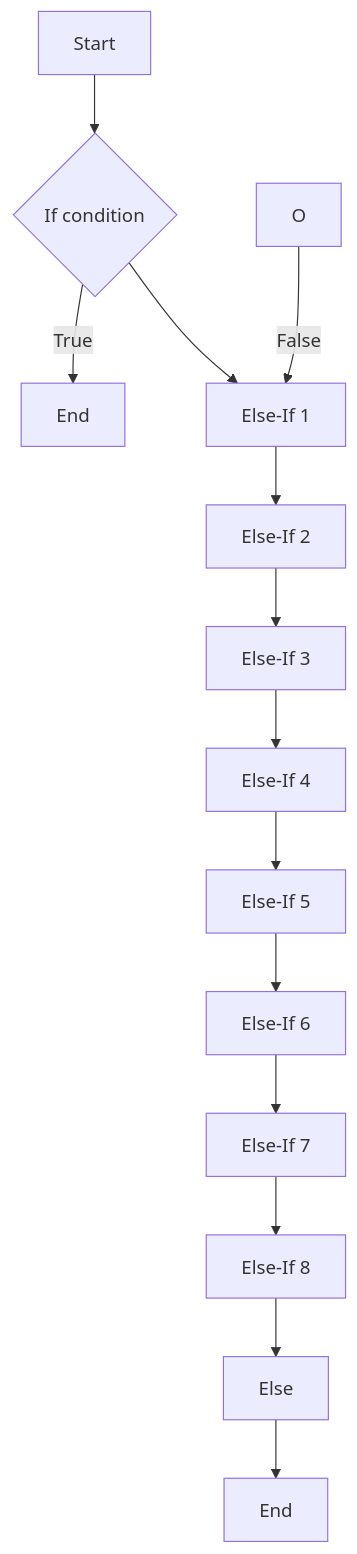
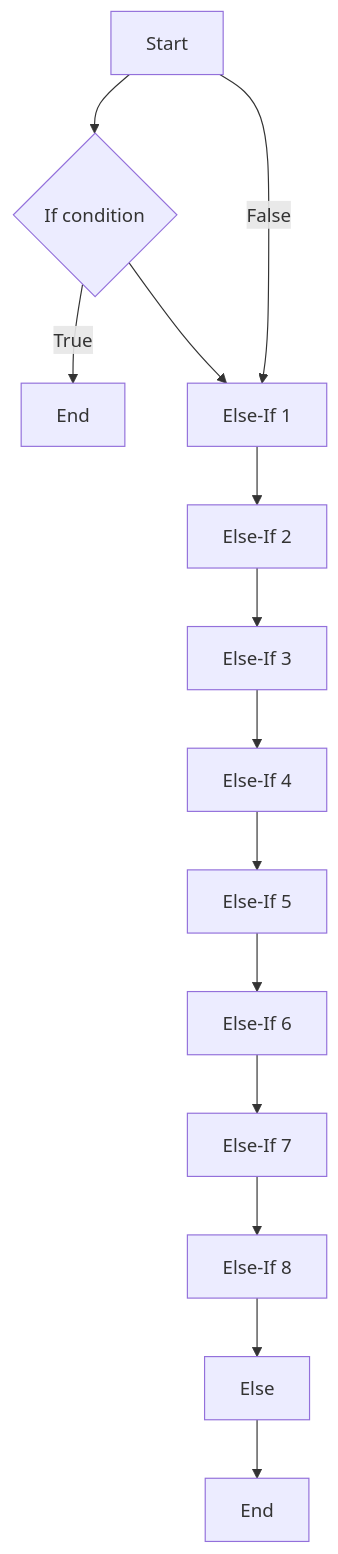
The third of 4 diagrams in daily/2023-05-13.md (Alex-Rafter/wiki), drawn with Mermaid before and after one commit.

````diff
--- a/daily/2023-05-13.md
+++ b/daily/2023-05-13.md
@@ -80,19 +80,19 @@
 ```mermaid
 
 flowchart TD
 A[Start] --> B{"If condition"}
 B -- True --> BEnd["End"]
-O -- False --> C
+A -- False --> C
 B --> C[Else-If 1]
 C --> D[Else-If 2]
 D --> E[Else-If 3]
 E --> F[Else-If 4]
 F --> G[Else-If 5]
 G --> H[Else-If 6]
 H --> I[Else-If 7]
 I --> J[Else-If 8]
 J --> K[Else]
 K --> L[End]
 
 
 ```
````
